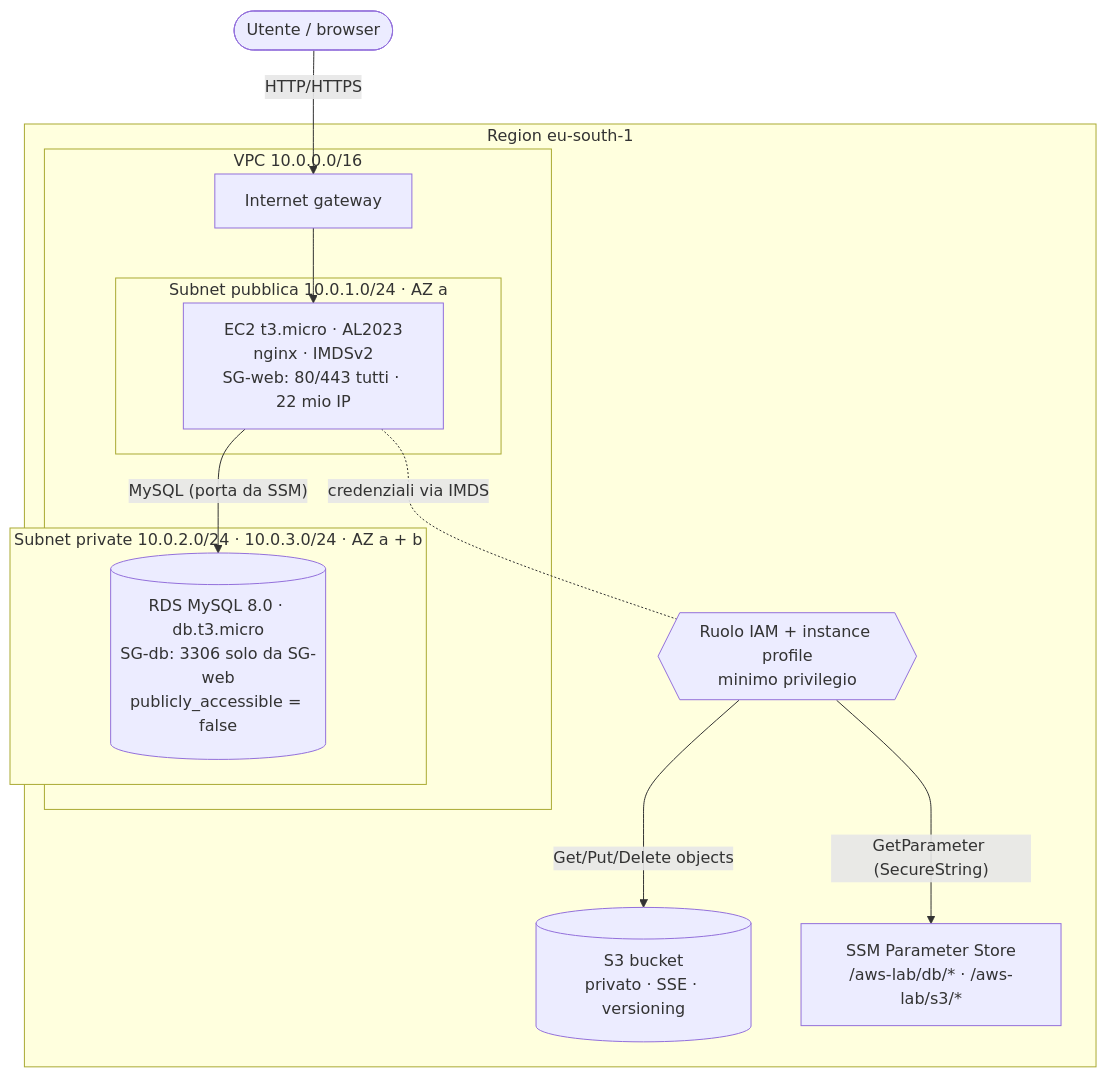
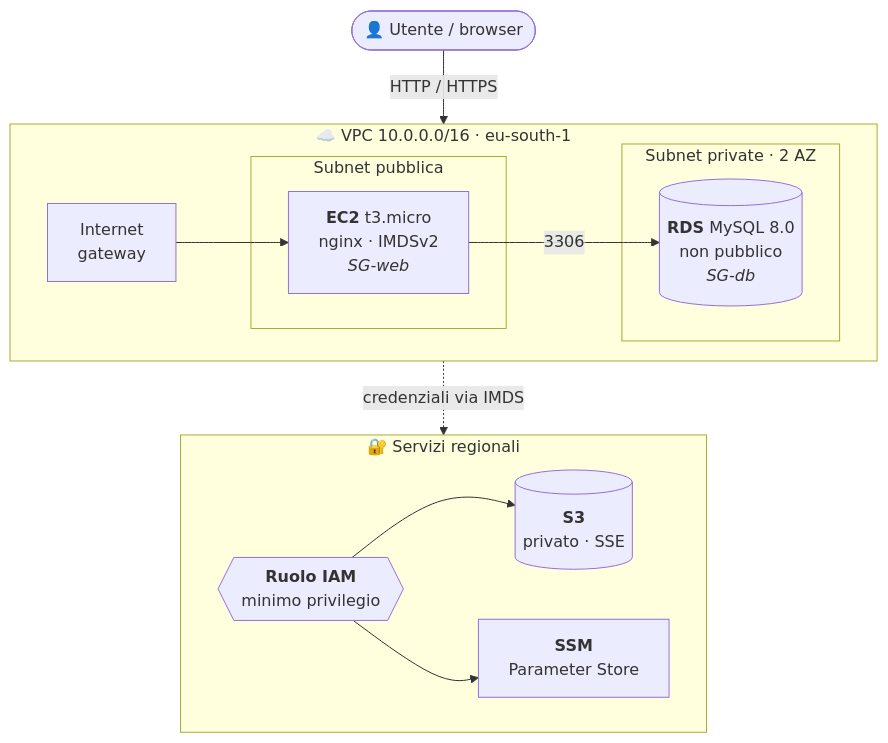
The diagram in terraform/aws-lab/README.md (alexis-82/guide_devops), drawn with Mermaid before and after one commit. The commit also changed other lines of this file and 1 other file, not shown here.

````diff
--- a/terraform/aws-lab/README.md
+++ b/terraform/aws-lab/README.md
@@ -5,28 +5,30 @@
 ```mermaid
 flowchart TB
-    user(["Utente / browser"])
+    user(["👤 Utente / browser"])
 
-    subgraph region["Region eu-south-1"]
-        subgraph vpc["VPC 10.0.0.0/16"]
-            igw["Internet gateway"]
-
-            subgraph pub["Subnet pubblica 10.0.1.0/24 · AZ a"]
-                ec2["EC2 t3.micro · AL2023<br/>nginx · IMDSv2<br/>SG-web: 80/443 tutti · 22 mio IP"]
-            end
-
-            subgraph priv["Subnet private 10.0.2.0/24 · 10.0.3.0/24 · AZ a + b"]
-                rds[("RDS MySQL 8.0 · db.t3.micro<br/>SG-db: 3306 solo da SG-web<br/>publicly_accessible = false")]
-            end
+    subgraph vpc["☁️ VPC 10.0.0.0/16 · eu-south-1"]
+        direction LR
+        igw["Internet<br/>gateway"]
+        subgraph pub["Subnet pubblica"]
+            ec2["<b>EC2</b> t3.micro<br/>nginx · IMDSv2<br/><i>SG-web</i>"]
         end
-
-        role{{"Ruolo IAM + instance profile<br/>minimo privilegio"}}
-        s3[("S3 bucket<br/>privato · SSE · versioning")]
-        ssm["SSM Parameter Store<br/>/aws-lab/db/* · /aws-lab/s3/*"]
+        subgraph priv["Subnet private · 2 AZ"]
+            rds[("<b>RDS</b> MySQL 8.0<br/>non pubblico<br/><i>SG-db</i>")]
+        end
+        igw --> ec2
+        ec2 -- "3306" --> rds
     end
 
-    user -- "HTTP/HTTPS" --> igw --> ec2
-    ec2 -- "MySQL (porta da SSM)" --> rds
-    ec2 -. "credenziali via IMDS" .- role
-    role -- "Get/Put/Delete objects" --> s3
-    role -- "GetParameter (SecureString)" --> ssm
+    subgraph svc["🔐 Servizi regionali"]
+        direction LR
+        role{{"<b>Ruolo IAM</b><br/>minimo privilegio"}}
+        s3[("<b>S3</b><br/>privato · SSE")]
+        ssm["<b>SSM</b><br/>Parameter Store"]
+        s3 ~~~ role ~~~ ssm
+    end
+
+    user -- "HTTP / HTTPS" --> igw
+    ec2 -. "credenziali via IMDS" .-> role
+    role --> s3
+    role --> ssm
 ```
````
